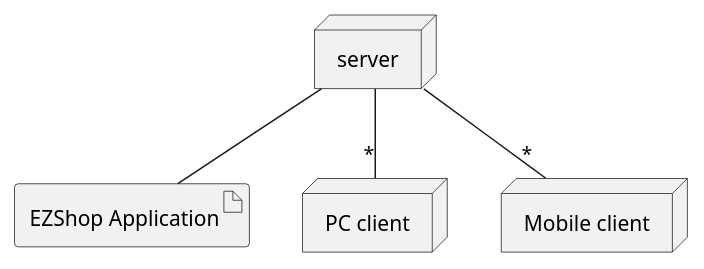
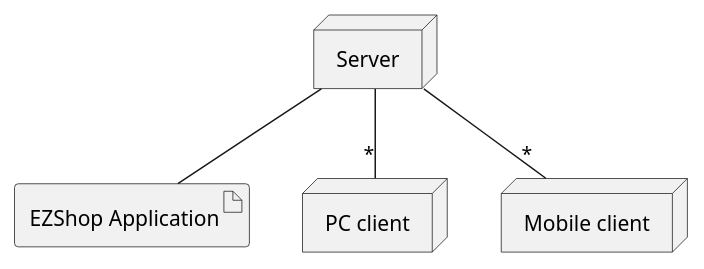
The fifth of 5 diagrams in Deliverables/RequirementsDocument.md (mspronesti/ezshop), drawn with PlantUML before and after one commit. The commit also changed other lines of this file, not shown here.

````diff
--- a/Deliverables/RequirementsDocument.md
+++ b/Deliverables/RequirementsDocument.md
@@ -480,11 +508,11 @@
 ```plantuml
 @startuml
 artifact "EZShop Application" as ezs
-node "server" as s
+node "Server" as s
 node "PC client" as pc
 node "Mobile client" as phone
 s -- ezs
 s -- "*" pc
 s -- "*" phone
 @enduml
 ```
````
